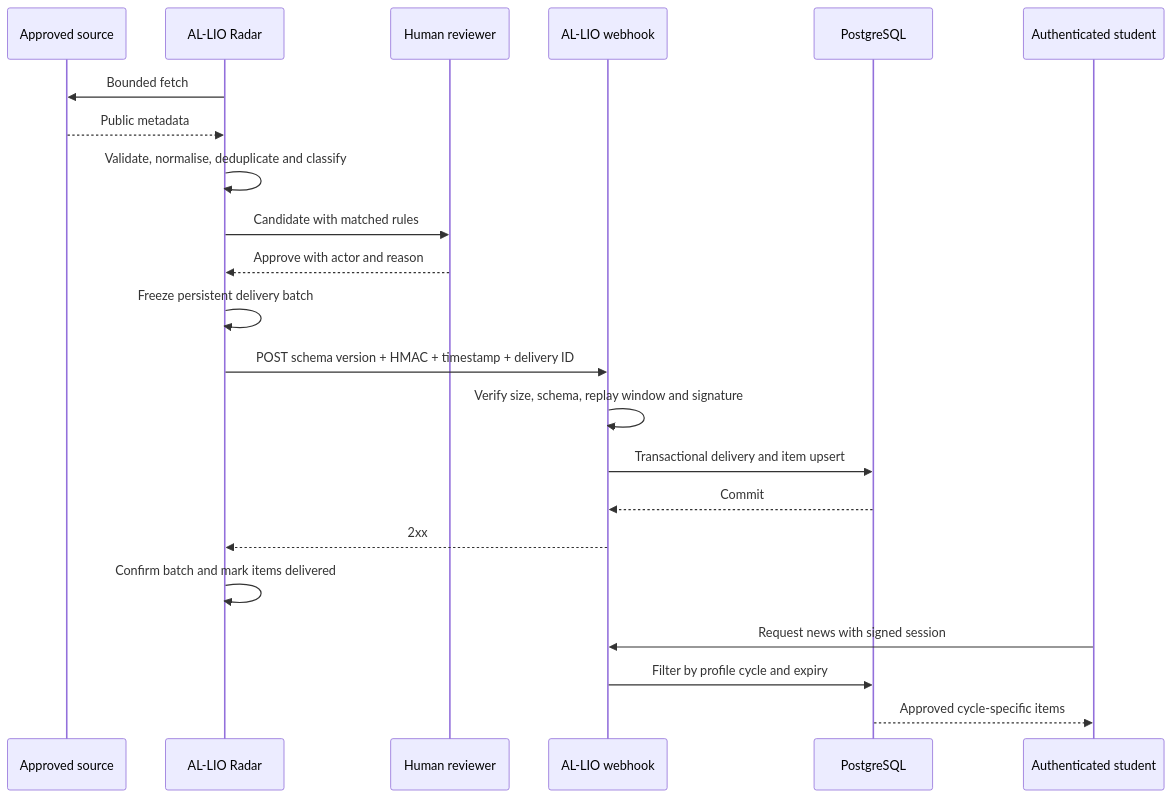
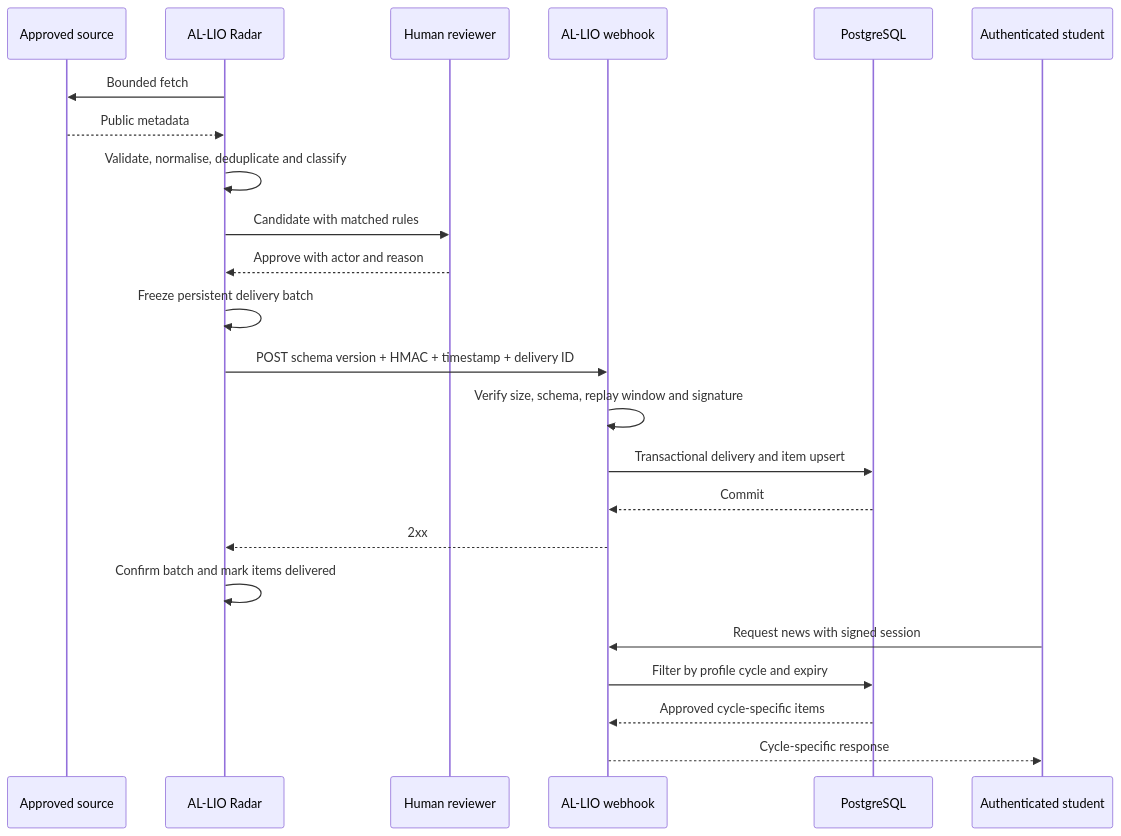
One commit to danicode-dev/al-lio changed the second of 2 diagrams in docs/aircury-report/04-architecture-data-and-security.md. Above: the diagram before and after it, drawn with Mermaid. The commit also changed other lines of this file, not shown here.

````diff
--- a/docs/aircury-report/04-architecture-data-and-security.md
+++ b/docs/aircury-report/04-architecture-data-and-security.md
@@ -58,25 +60,26 @@
 ```mermaid
 sequenceDiagram
     participant Source as Approved source
     participant Radar as AL-LIO Radar
     participant Reviewer as Human reviewer
     participant API as AL-LIO webhook
     participant DB as PostgreSQL
     participant Student as Authenticated student
 
     Radar->>Source: Bounded fetch
     Source-->>Radar: Public metadata
     Radar->>Radar: Validate, normalise, deduplicate and classify
     Radar->>Reviewer: Candidate with matched rules
     Reviewer-->>Radar: Approve with actor and reason
     Radar->>Radar: Freeze persistent delivery batch
     Radar->>API: POST schema version + HMAC + timestamp + delivery ID
     API->>API: Verify size, schema, replay window and signature
     API->>DB: Transactional delivery and item upsert
     DB-->>API: Commit
     API-->>Radar: 2xx
     Radar->>Radar: Confirm batch and mark items delivered
     Student->>API: Request news with signed session
     API->>DB: Filter by profile cycle and expiry
-    DB-->>Student: Approved cycle-specific items
+    DB-->>API: Approved cycle-specific items
+    API-->>Student: Cycle-specific response
 ```
````
